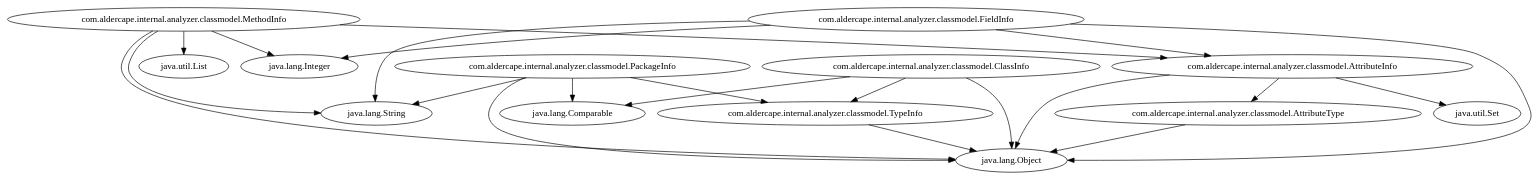
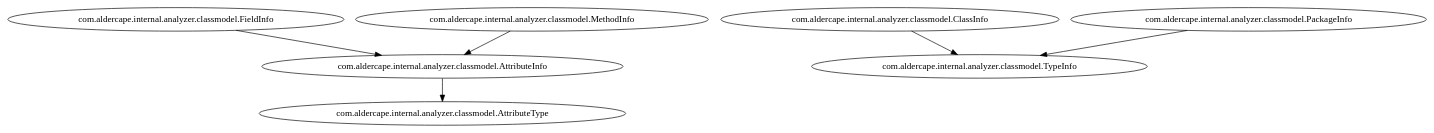
One commit to AlderCape/Analyzer changed the diagram in com.aldercape.internal.analyzer.classmodel.dot. Above: the diagram before and after it, drawn with Graphviz. The commit also changed 9 other files, not shown here.

```diff
--- a/com.aldercape.internal.analyzer.classmodel.dot
+++ b/com.aldercape.internal.analyzer.classmodel.dot
@@ -1,30 +1,14 @@
 digraph G {
 "com.aldercape.internal.analyzer.classmodel.AttributeInfo" [label="com.aldercape.internal.analyzer.classmodel.AttributeInfo"];
 "com.aldercape.internal.analyzer.classmodel.AttributeType" [label="com.aldercape.internal.analyzer.classmodel.AttributeType"];
 "com.aldercape.internal.analyzer.classmodel.ClassInfo" [label="com.aldercape.internal.analyzer.classmodel.ClassInfo"];
 "com.aldercape.internal.analyzer.classmodel.FieldInfo" [label="com.aldercape.internal.analyzer.classmodel.FieldInfo"];
 "com.aldercape.internal.analyzer.classmodel.MethodInfo" [label="com.aldercape.internal.analyzer.classmodel.MethodInfo"];
 "com.aldercape.internal.analyzer.classmodel.PackageInfo" [label="com.aldercape.internal.analyzer.classmodel.PackageInfo"];
 "com.aldercape.internal.analyzer.classmodel.TypeInfo" [label="com.aldercape.internal.analyzer.classmodel.TypeInfo"];
-"com.aldercape.internal.analyzer.classmodel.AttributeInfo" -> "java.lang.Object";
 "com.aldercape.internal.analyzer.classmodel.AttributeInfo" -> "com.aldercape.internal.analyzer.classmodel.AttributeType";
-"com.aldercape.internal.analyzer.classmodel.AttributeInfo" -> "java.util.Set";
-"com.aldercape.internal.analyzer.classmodel.AttributeType" -> "java.lang.Object";
-"com.aldercape.internal.analyzer.classmodel.ClassInfo" -> "java.lang.Comparable";
-"com.aldercape.internal.analyzer.classmodel.ClassInfo" -> "java.lang.Object";
 "com.aldercape.internal.analyzer.classmodel.ClassInfo" -> "com.aldercape.internal.analyzer.classmodel.TypeInfo";
-"com.aldercape.internal.analyzer.classmodel.FieldInfo" -> "java.lang.Object";
 "com.aldercape.internal.analyzer.classmodel.FieldInfo" -> "com.aldercape.internal.analyzer.classmodel.AttributeInfo";
-"com.aldercape.internal.analyzer.classmodel.FieldInfo" -> "java.lang.Integer";
-"com.aldercape.internal.analyzer.classmodel.FieldInfo" -> "java.lang.String";
-"com.aldercape.internal.analyzer.classmodel.MethodInfo" -> "java.lang.Object";
-"com.aldercape.internal.analyzer.classmodel.MethodInfo" -> "java.util.List";
 "com.aldercape.internal.analyzer.classmodel.MethodInfo" -> "com.aldercape.internal.analyzer.classmodel.AttributeInfo";
-"com.aldercape.internal.analyzer.classmodel.MethodInfo" -> "java.lang.Integer";
-"com.aldercape.internal.analyzer.classmodel.MethodInfo" -> "java.lang.String";
-"com.aldercape.internal.analyzer.classmodel.PackageInfo" -> "java.lang.Comparable";
-"com.aldercape.internal.analyzer.classmodel.PackageInfo" -> "java.lang.Object";
-"com.aldercape.internal.analyzer.classmodel.PackageInfo" -> "java.lang.String";
 "com.aldercape.internal.analyzer.classmodel.PackageInfo" -> "com.aldercape.internal.analyzer.classmodel.TypeInfo";
-"com.aldercape.internal.analyzer.classmodel.TypeInfo" -> "java.lang.Object";
 }
```
